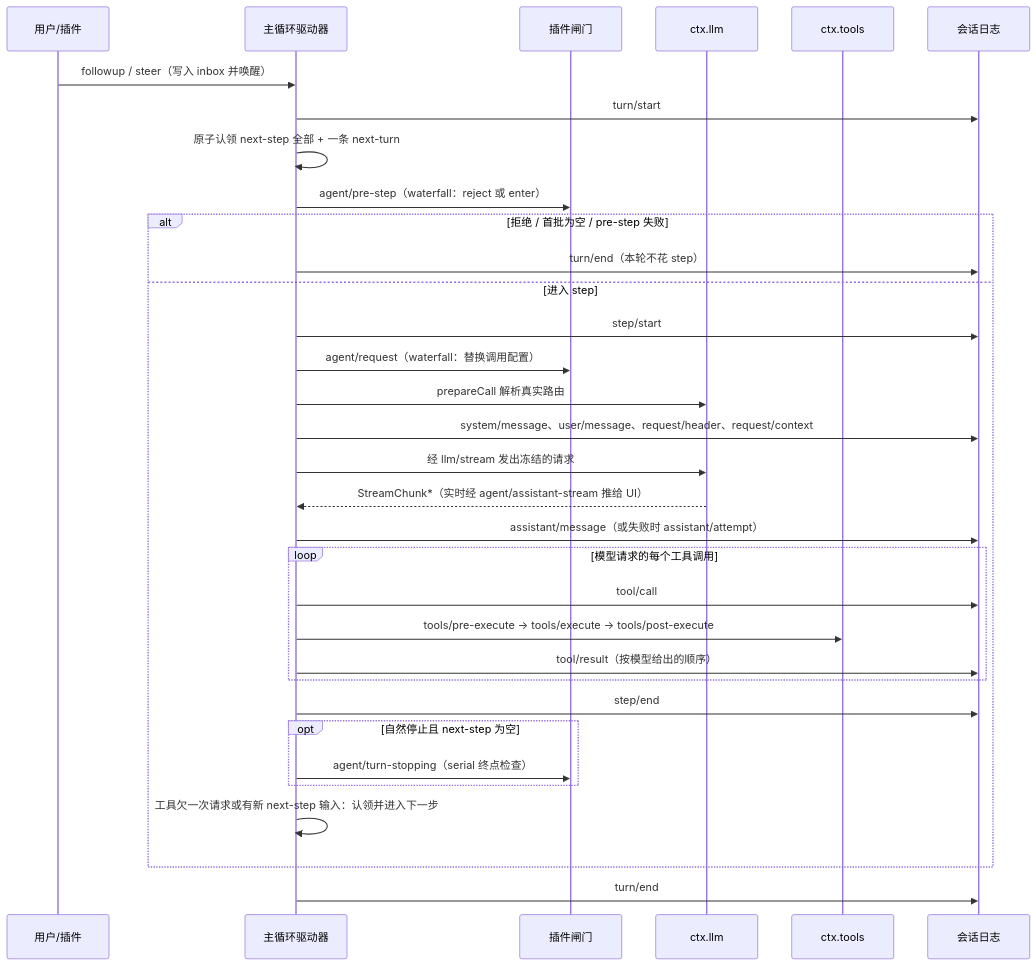
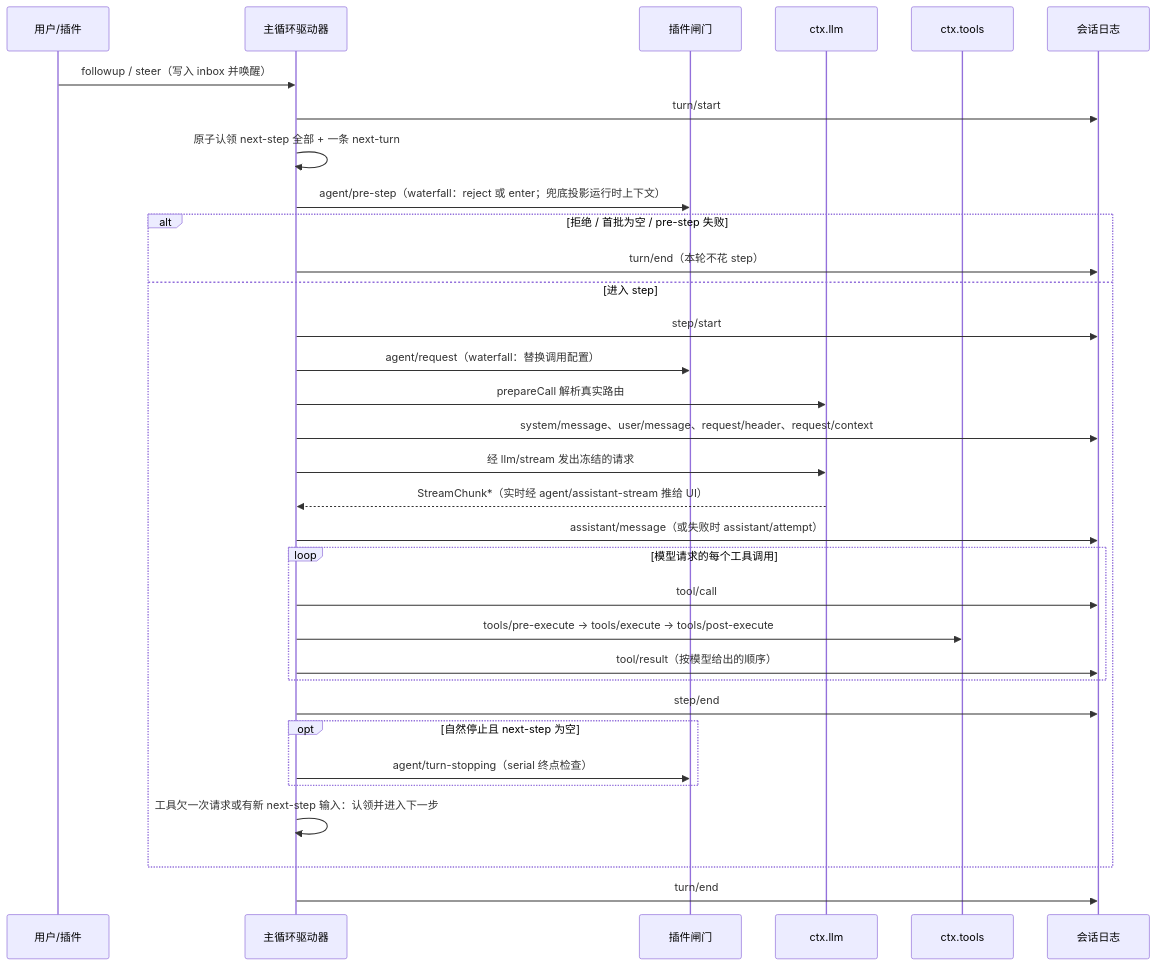
Before and after one commit to vinthuy/deepseek-harness-book: the diagram in 07-Turn与Step主循环.md, drawn with Mermaid. The commit also changed other lines of this file and 21 other files, not shown here.

````diff
--- a/07-Turn与Step主循环.md
+++ b/07-Turn与Step主循环.md
@@ -41,35 +42,35 @@
 ```mermaid
 sequenceDiagram
     participant U as 用户/插件
     participant D as 主循环驱动器
     participant P as 插件闸门
     participant M as ctx.llm
     participant T as ctx.tools
     participant S as 会话日志
     U->>D: followup / steer（写入 inbox 并唤醒）
     D->>S: turn/start
     D->>D: 原子认领 next-step 全部 + 一条 next-turn
-    D->>P: agent/pre-step（waterfall：reject 或 enter）
+    D->>P: agent/pre-step（waterfall：reject 或 enter；兜底投影运行时上下文）
     alt 拒绝 / 首批为空 / pre-step 失败
         D->>S: turn/end（本轮不花 step）
     else 进入 step
         D->>S: step/start
         D->>P: agent/request（waterfall：替换调用配置）
         D->>M: prepareCall 解析真实路由
         D->>S: system/message、user/message、request/header、request/context
         D->>M: 经 llm/stream 发出冻结的请求
         M-->>D: StreamChunk*（实时经 agent/assistant-stream 推给 UI）
         D->>S: assistant/message（或失败时 assistant/attempt）
         loop 模型请求的每个工具调用
             D->>S: tool/call
             D->>T: tools/pre-execute → tools/execute → tools/post-execute
             D->>S: tool/result（按模型给出的顺序）
         end
         D->>S: step/end
         opt 自然停止且 next-step 为空
             D->>P: agent/turn-stopping（serial 终点检查）
         end
         D->>D: 工具欠一次请求或有新 next-step 输入：认领并进入下一步
     end
     D->>S: turn/end
 ```
````
